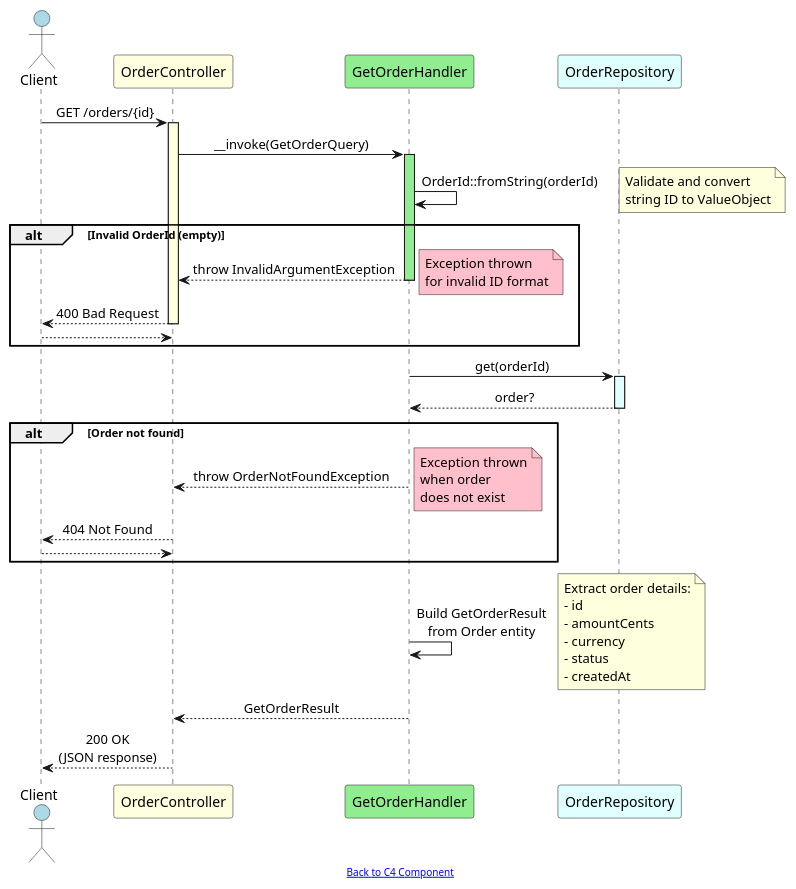
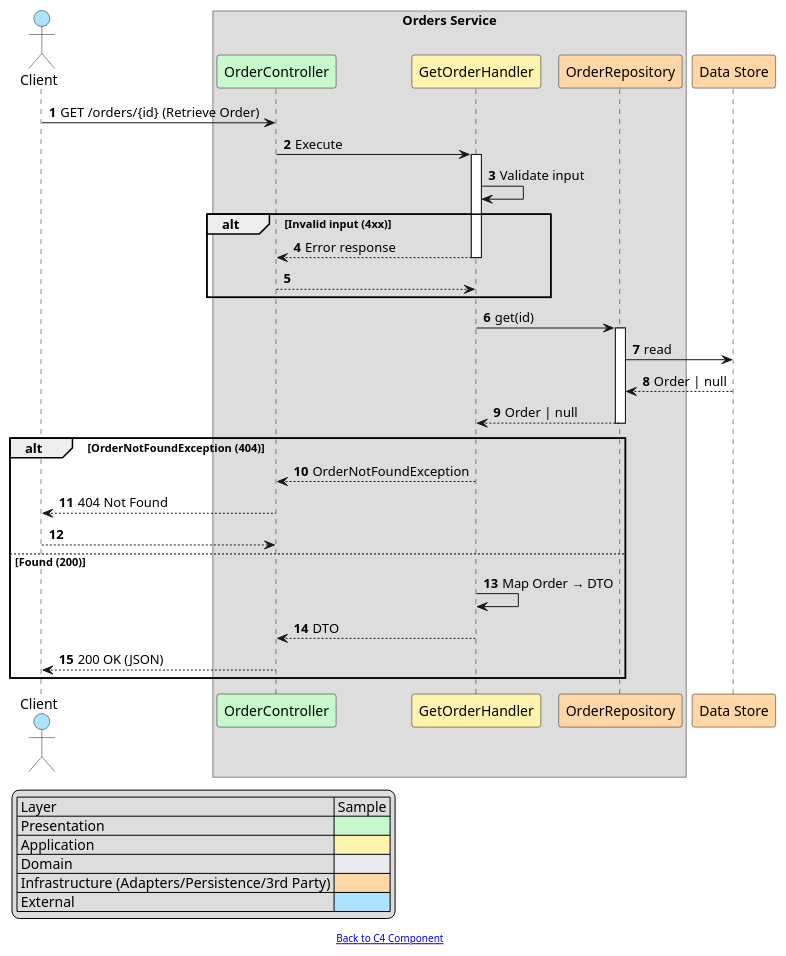
Before and after one commit to mundiir/meetup-2025-orders-service: the diagram in docs/sequence-get-order.puml, drawn with PlantUML. The commit also changed 11 other files, not shown here.

Commit message:
Add get order use case (#6)

```diff
--- a/docs/sequence-get-order.puml
+++ b/docs/sequence-get-order.puml
@@ -1,55 +1,55 @@
 @startuml
-' GetOrder Use Case — Application Layer with activations
+' Get Order — Sequence (real code names; ports + two-hop; colored legend)
+autonumber
 
-skinparam sequenceMessageAlign center
-skinparam BoxPadding 10
+actor Client #AEE3FF
 
-actor Client #lightblue
-participant "OrderController" as Controller #lightyellow
-participant "GetOrderHandler" as Handler #lightgreen
-participant OrderRepository as Repo #lightcyan
+box "Orders Service" #DDDDDD
+  participant OrderController #C7F9CC
+  participant GetOrderHandler #FFF3B0
+  participant OrderRepository #FFD6A5
+end box
 
-Client -> Controller: GET /orders/{id}
-activate Controller #lightyellow
+participant "Data Store" as DataStore #FFD6A5
 
-Controller -> Handler: __invoke(GetOrderQuery)
-activate Handler #lightgreen
+Client -> OrderController: GET /orders/{id} (Retrieve Order)
+OrderController -> GetOrderHandler: Execute
+activate GetOrderHandler
 
-Handler -> Handler: OrderId::fromString(orderId)
-note right: Validate and convert\nstring ID to ValueObject
-
-alt Invalid OrderId (empty)
-  Handler --> Controller: throw InvalidArgumentException
-  note right #pink: Exception thrown\nfor invalid ID format
-  deactivate Handler
-  Controller --> Client: 400 Bad Request
-  deactivate Controller
+GetOrderHandler -> GetOrderHandler: Validate input
+alt Invalid input (4xx)
+  GetOrderHandler --> OrderController: Error response
+  deactivate GetOrderHandler
   return
 end
 
-Handler -> Repo: get(orderId)
-activate Repo #lightcyan
-Repo --> Handler: order?
-deactivate Repo
+GetOrderHandler -> OrderRepository: get(id)
+activate OrderRepository
+OrderRepository -> DataStore: read
+DataStore --> OrderRepository: Order | null
+OrderRepository --> GetOrderHandler: Order | null
+deactivate OrderRepository
 
-alt Order not found
-  Handler --> Controller: throw OrderNotFoundException
-  note right #pink: Exception thrown\nwhen order\ndoes not exist
-  deactivate Handler
-  Controller --> Client: 404 Not Found
-  deactivate Controller
+alt OrderNotFoundException (404)
+  GetOrderHandler --> OrderController: OrderNotFoundException
+  deactivate GetOrderHandler
+  OrderController --> Client: 404 Not Found
   return
+else Found (200)
+  GetOrderHandler -> GetOrderHandler: Map Order → DTO
+  GetOrderHandler --> OrderController: DTO
+  deactivate GetOrderHandler
+  OrderController --> Client: 200 OK (JSON)
 end
 
-Handler -> Handler: Build GetOrderResult\nfrom Order entity
-note right: Extract order details:\n- id\n- amountCents\n- currency\n- status\n- createdAt
-
-Handler --> Controller: GetOrderResult
-deactivate Handler
-
-Controller --> Client: 200 OK\n(JSON response)
-deactivate Controller
+legend left
+  | Layer | Sample |
+  | Presentation | <#C7F9CC> |
+  | Application | <#FFF3B0> |
+  | Domain | <#E8EAED> |
+  | Infrastructure (Adapters/Persistence/3rd Party) | <#FFD6A5> |
+  | External | <#AEE3FF> |
+endlegend
 
 footer [[https://mundiir.github.io/meetup-2025-orders-service/c4-component.svg Back to C4 Component]]
-
 @enduml
```
